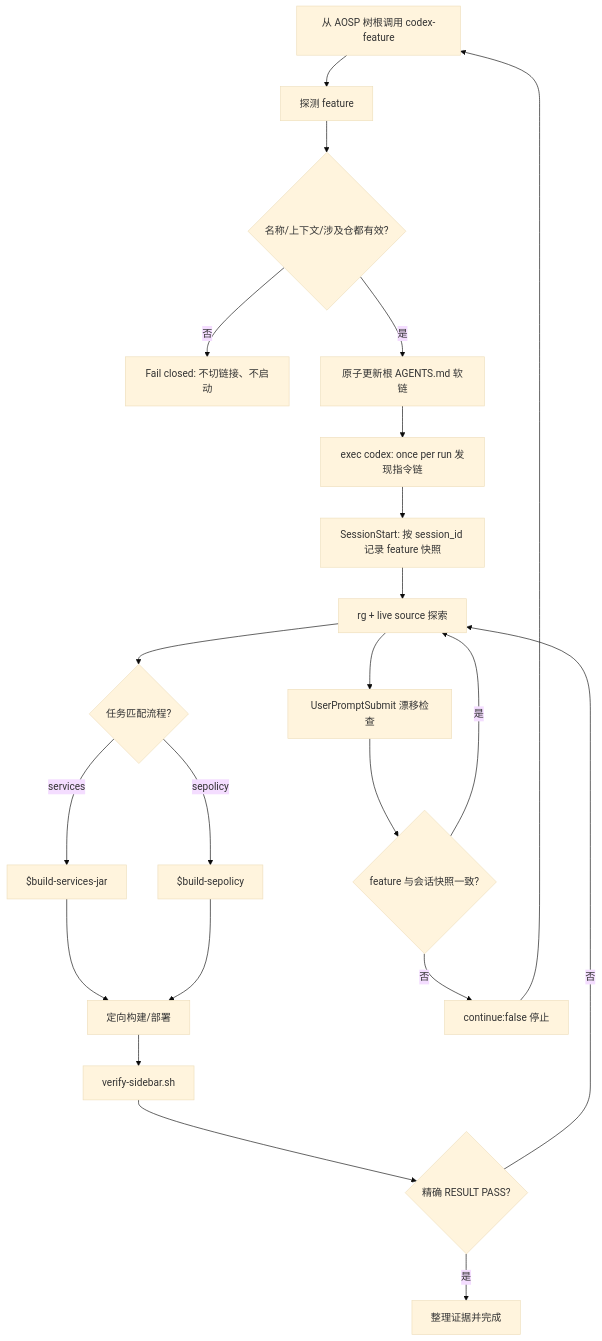
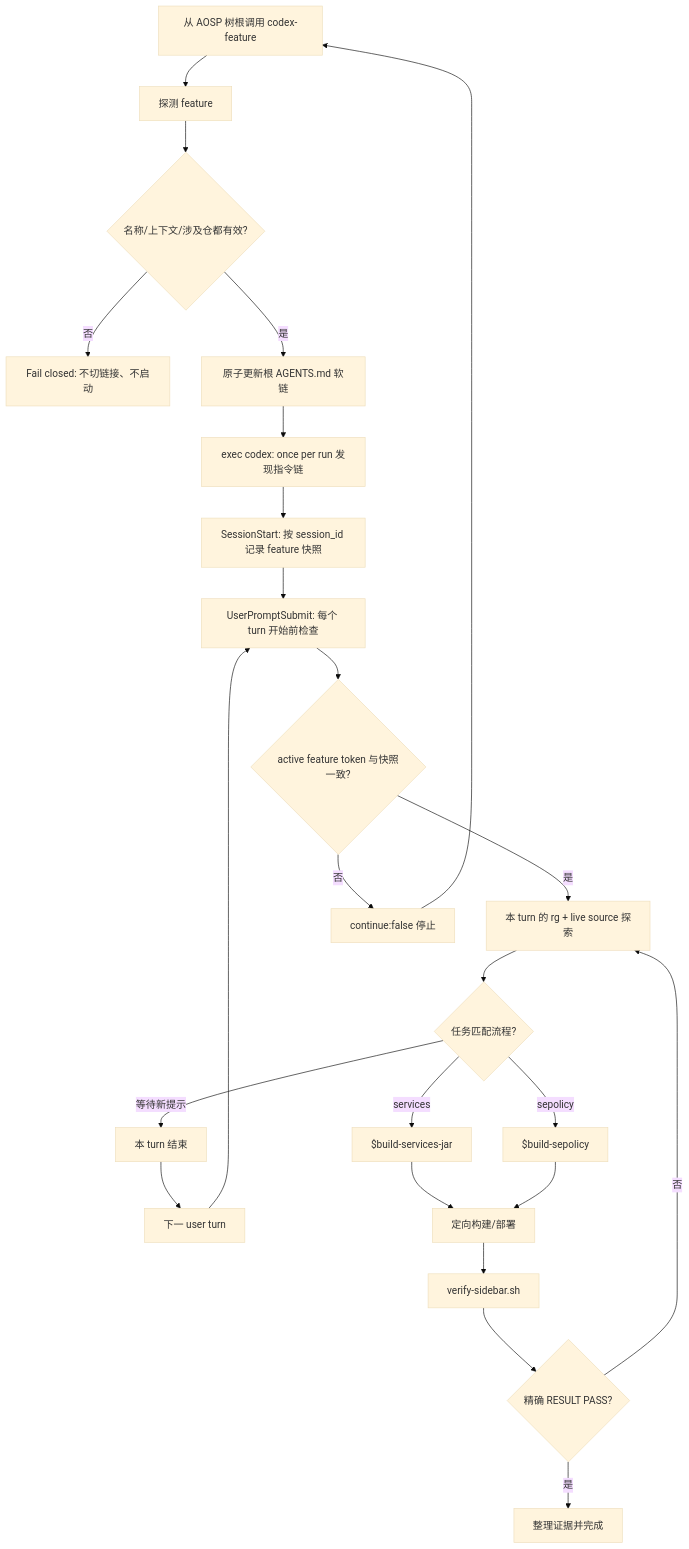
Before and after one commit to yuandaimaahao/aosp-harness-demo: the diagram in codex/AOSP整机源码Codex-Harness工程探索.md, drawn with Mermaid (base theme). The commit also changed other lines of this file and 1 other file, not shown here.

````diff
--- a/codex/AOSP整机源码Codex-Harness工程探索.md
+++ b/codex/AOSP整机源码Codex-Harness工程探索.md
@@ -578,24 +591,27 @@
 ```mermaid
 flowchart TD
     A[从 AOSP 树根调用 codex-feature] --> B[探测 feature]
     B --> C{名称/上下文/涉及仓都有效?}
     C -- 否 --> X[Fail closed: 不切链接、不启动]
     C -- 是 --> D[原子更新根 AGENTS.md 软链]
     D --> E[exec codex: once per run 发现指令链]
     E --> F[SessionStart: 按 session_id 记录 feature 快照]
-    F --> G[rg + live source 探索]
+    F --> O[UserPromptSubmit: 每个 turn 开始前检查]
+    R[下一 user turn]
+    R --> O
+    O --> P{active feature token 与快照一致?}
+    P -- 是 --> G[本 turn 的 rg + live source 探索]
+    P -- 否 --> Q[continue:false 停止]
+    Q --> A
     G --> H{任务匹配流程?}
     H -- services --> I[$build-services-jar]
     H -- sepolicy --> J[$build-sepolicy]
+    H -- 等待新提示 --> T[本 turn 结束]
+    T --> R
     I --> K[定向构建/部署]
     J --> K
     K --> L[verify-sidebar.sh]
     L --> M{精确 RESULT PASS?}
     M -- 否 --> G
     M -- 是 --> N[整理证据并完成]
-    G --> O[UserPromptSubmit 漂移检查]
-    O --> P{feature 与会话快照一致?}
-    P -- 是 --> G
-    P -- 否 --> Q[continue:false 停止]
-    Q --> A
 ```
````
